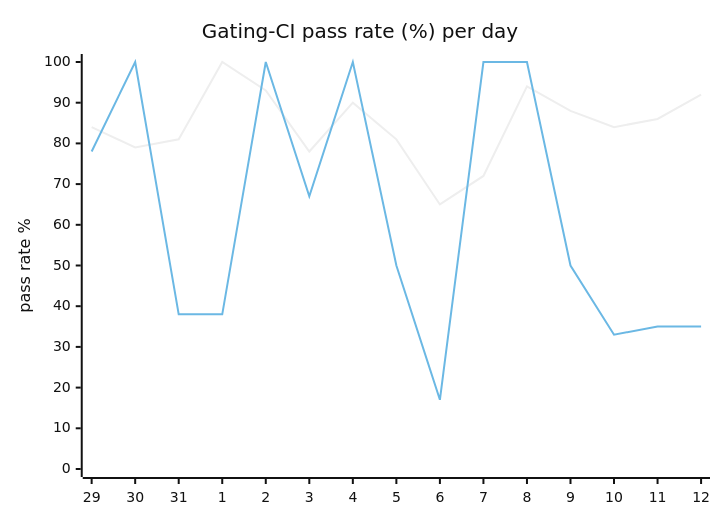
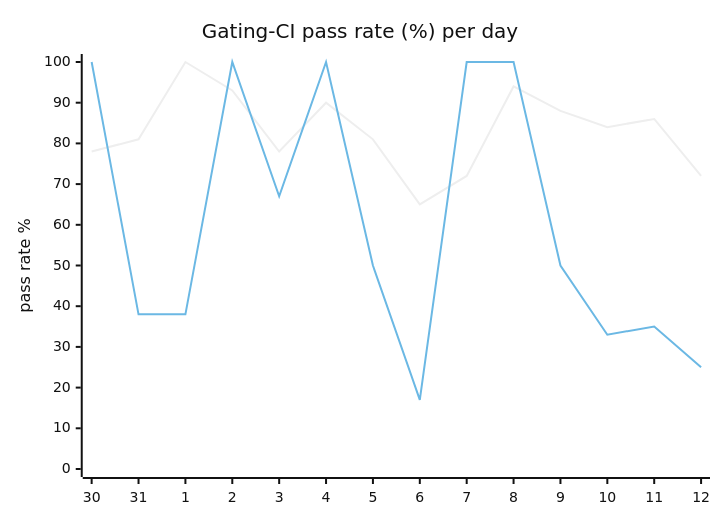
The diagram in hack/ci/ci-dashboard/staging/issue.md (hatchet-dev/hatchet), drawn with Mermaid (neutral theme) before and after one commit. The commit also changed other lines of this file, not shown here.

````diff
--- a/hack/ci/ci-dashboard/staging/issue.md
+++ b/hack/ci/ci-dashboard/staging/issue.md
@@ -9,8 +9,8 @@
 ```mermaid
 xychart-beta
   title "Gating-CI pass rate (%) per day"
-  x-axis [29, 30, 31, 1, 2, 3, 4, 5, 6, 7, 8, 9, 10, 11, 12]
+  x-axis [30, 31, 1, 2, 3, 4, 5, 6, 7, 8, 9, 10, 11, 12]
   y-axis "pass rate %" 0 --> 100
-  line "CI" [84, 79, 81, 100, 93, 78, 90, 81, 65, 72, 94, 88, 84, 86, 92]
-  line "main" [78, 100, 38, 38, 100, 67, 100, 50, 17, 100, 100, 50, 33, 35, 35]
+  line "CI" [78, 81, 100, 93, 78, 90, 81, 65, 72, 94, 88, 84, 86, 72]
+  line "main" [100, 38, 38, 100, 67, 100, 50, 17, 100, 100, 50, 33, 35, 25]
 ```
````
